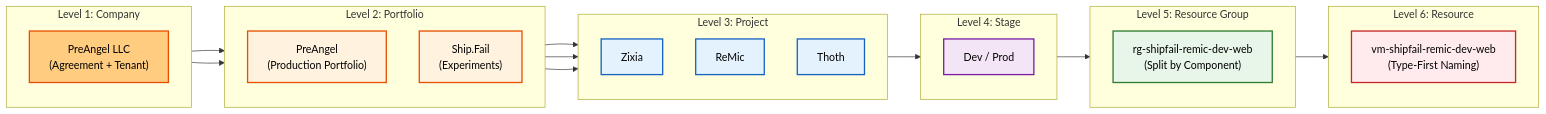
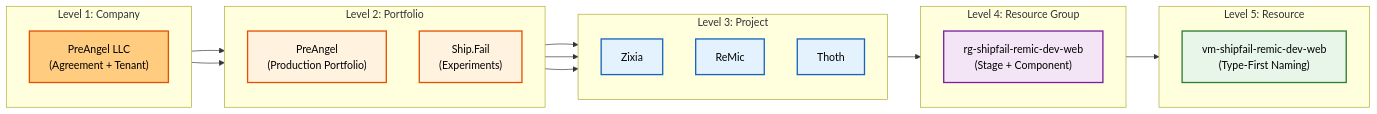
Before and after one commit to wechaty/jekyll: the diagram in jekyll/_posts/2025-11-29-vibe-coding-cloud-protocol.md, drawn with Mermaid. The commit also changed other lines of this file, not shown here.

Commit message:
docs: update Vibe Coding Cloud Protocol for clarity and consistency in naming conventions

````diff
--- a/jekyll/_posts/2025-11-29-vibe-coding-cloud-protocol.md
+++ b/jekyll/_posts/2025-11-29-vibe-coding-cloud-protocol.md
@@ -58,53 +58,47 @@
 ```mermaid
 graph LR
     %% Styling
     classDef l1 fill:#ffcc80,stroke:#e65100,stroke-width:2px,color:black
     classDef l2 fill:#fff3e0,stroke:#e65100,stroke-width:2px,color:black
     classDef l3 fill:#e3f2fd,stroke:#1565c0,stroke-width:2px,color:black
     classDef l4 fill:#f3e5f5,stroke:#7b1fa2,stroke-width:2px,color:black
     classDef l5 fill:#e8f5e9,stroke:#2e7d32,stroke-width:2px,color:black
     classDef l6 fill:#ffebee,stroke:#c62828,stroke-width:2px,color:black
 
     subgraph Level1 ["Level 1: Company"]
         direction TB
         Root["PreAngel LLC<br/>(Agreement + Tenant)"]:::l1
     end
 
     subgraph Level2 ["Level 2: Portfolio"]
         direction TB
         Umb1["PreAngel<br/>(Production Portfolio)"]:::l2
         Umb2["Ship.Fail<br/>(Experiments)"]:::l2
     end
 
     subgraph Level3 ["Level 3: Project"]
         direction TB
         Prj1["Zixia"]:::l3
         Prj2["ReMic"]:::l3
         Prj3["Thoth"]:::l3
     end
 
-    subgraph Level4 ["Level 4: Stage"]
+    subgraph Level4 ["Level 4: Resource Group"]
         direction TB
-        Env["Dev / Prod"]:::l4
+        RG["rg-shipfail-remic-dev-web<br/>(Stage + Component)"]:::l4
     end
 
-    subgraph Level5 ["Level 5: Resource Group"]
+    subgraph Level5 ["Level 5: Resource"]
         direction TB
-        RG["rg-shipfail-remic-dev-web<br/>(Split by Component)"]:::l5
-    end
-
-    subgraph Level6 ["Level 6: Resource"]
-        direction TB
-        Res["vm-shipfail-remic-dev-web<br/>(Type-First Naming)"]:::l6
+        Res["vm-shipfail-remic-dev-web<br/>(Type-First Naming)"]:::l5
     end
 
     %% Connections
     Root --> Umb1 & Umb2
     Umb1 --> Prj1
     Umb2 --> Prj2 & Prj3
     
     %% Focus on one path to keep it readable
-    Prj2 --> Env
-    Env --> RG
+    Prj2 --> RG
     RG --> Res
 ```
````
